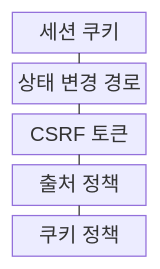
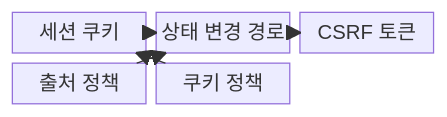
One commit to agnusdei1207/knowledge-base changed the first of 2 diagrams in src/content/docs/notes/05-security/048_csrf.md. Above: the diagram before and after it, drawn with Mermaid. The commit also changed other lines of this file and 20 other files, not shown here.

````diff
--- a/src/content/docs/notes/05-security/048_csrf.md
+++ b/src/content/docs/notes/05-security/048_csrf.md
@@ -56,13 +56,13 @@
 ```mermaid
 block-beta
-  columns 1
+  columns 3
   A["세션 쿠키"]
   B["상태 변경 경로"]
   C["CSRF 토큰"]
   D["출처 정책"]
   E["쿠키 정책"]
-  A --- B
-  B --- C
-  C --- D
-  D --- E
+  A --> B
+  C --> B
+  D --> B
+  E --> A
 ```
````
